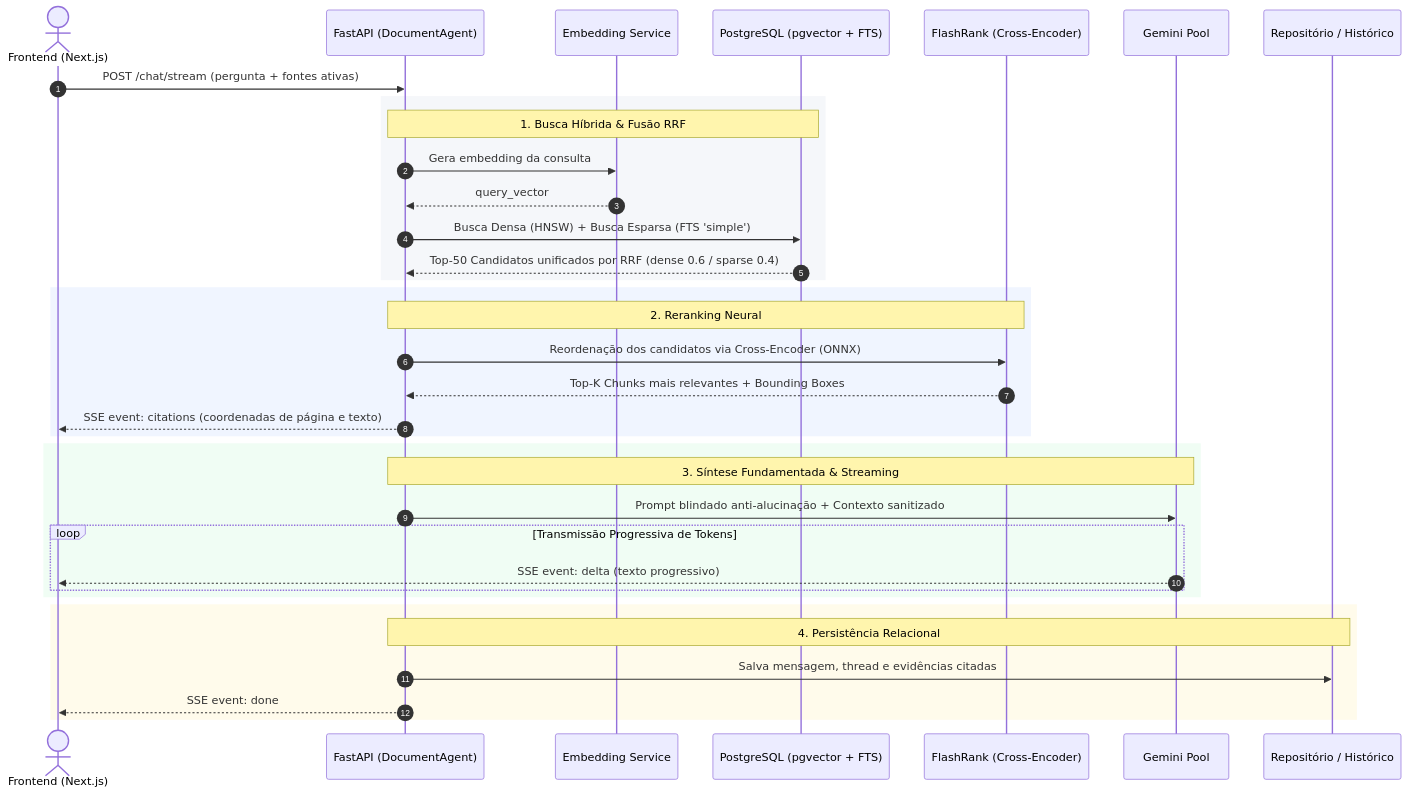
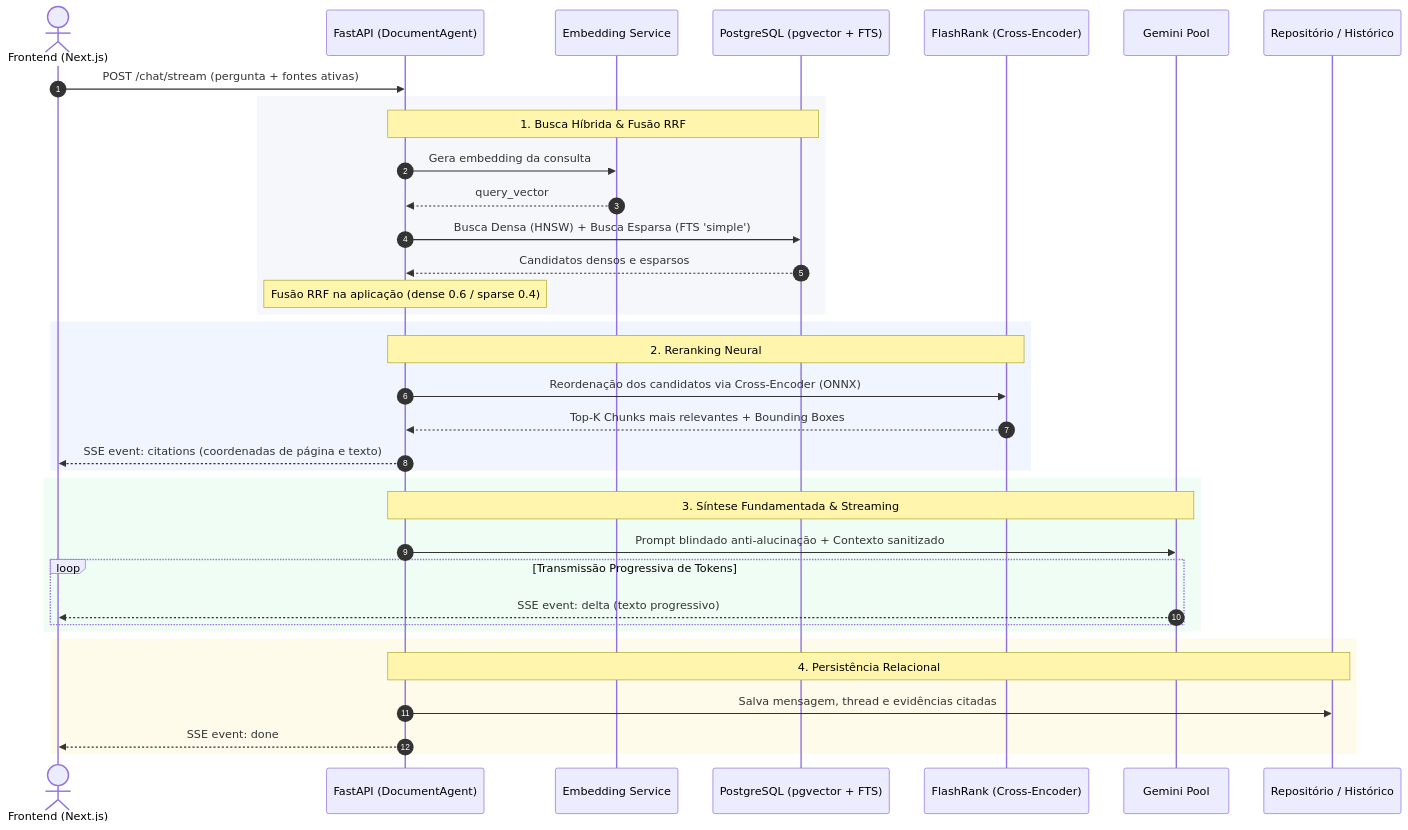
The diagram in readme.md (WMatias-Dev/document-ai-platform), drawn with Mermaid before and after one commit. The commit also changed other lines of this file and 1 other file, not shown here.

````diff
--- a/readme.md
+++ b/readme.md
@@ -40,42 +40,43 @@
 ```mermaid
 sequenceDiagram
     autonumber
     actor User as Frontend (Next.js)
     participant API as FastAPI (DocumentAgent)
     participant Emb as Embedding Service
     participant DB as PostgreSQL (pgvector + FTS)
     participant RR as FlashRank (Cross-Encoder)
     participant LLM as Gemini Pool
     participant PG as Repositório / Histórico
 
     User->>API: POST /chat/stream (pergunta + fontes ativas)
     
     rect rgb(245, 247, 250)
         Note over API,DB: 1. Busca Híbrida & Fusão RRF
         API->>Emb: Gera embedding da consulta
         Emb-->>API: query_vector
         API->>DB: Busca Densa (HNSW) + Busca Esparsa (FTS 'simple')
-        DB-->>API: Top-50 Candidatos unificados por RRF (dense 0.6 / sparse 0.4)
+        DB-->>API: Candidatos densos e esparsos
+        Note over API: Fusão RRF na aplicação (dense 0.6 / sparse 0.4)
     end
 
     rect rgb(240, 245, 255)
         Note over API,RR: 2. Reranking Neural
         API->>RR: Reordenação dos candidatos via Cross-Encoder (ONNX)
         RR-->>API: Top-K Chunks mais relevantes + Bounding Boxes
         API-->>User: SSE event: citations (coordenadas de página e texto)
     end
 
     rect rgb(240, 253, 244)
         Note over API,LLM: 3. Síntese Fundamentada & Streaming
         API->>LLM: Prompt blindado anti-alucinação + Contexto sanitizado
         loop Transmissão Progressiva de Tokens
             LLM-->>User: SSE event: delta (texto progressivo)
         end
     end
 
     rect rgb(255, 251, 235)
         Note over API,PG: 4. Persistência Relacional
         API->>PG: Salva mensagem, thread e evidências citadas
         API-->>User: SSE event: done
     end
 ```
````
